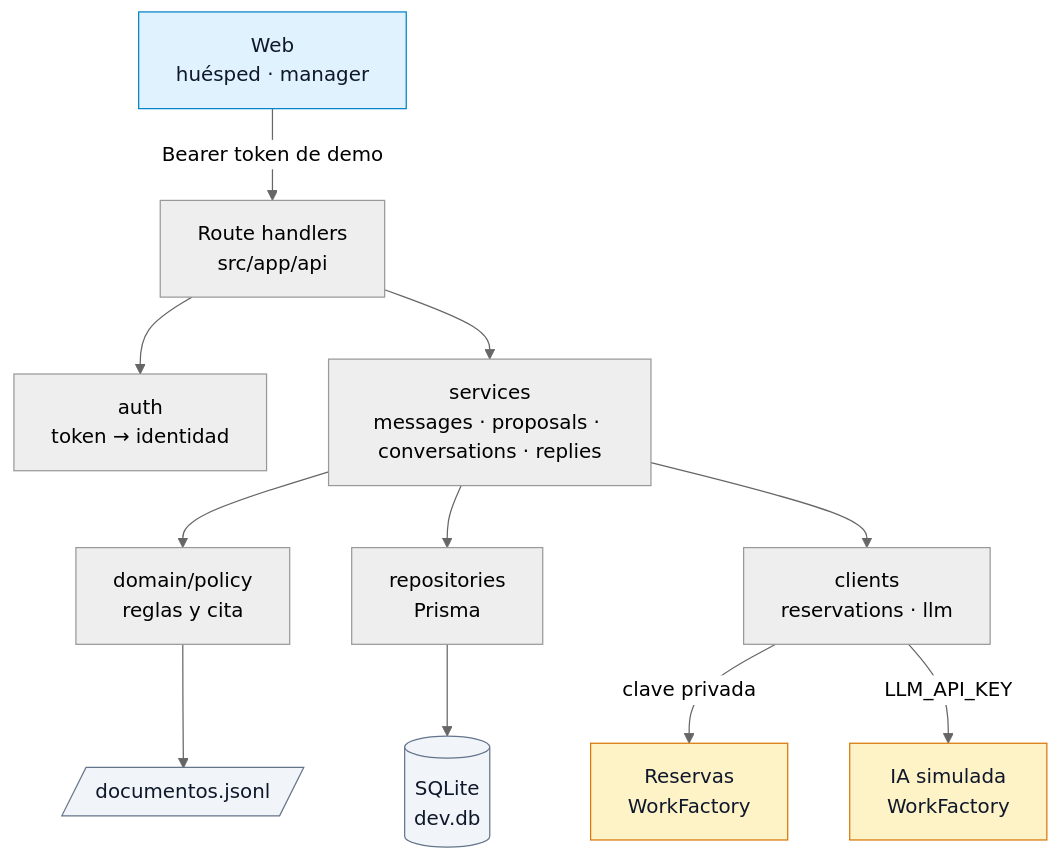
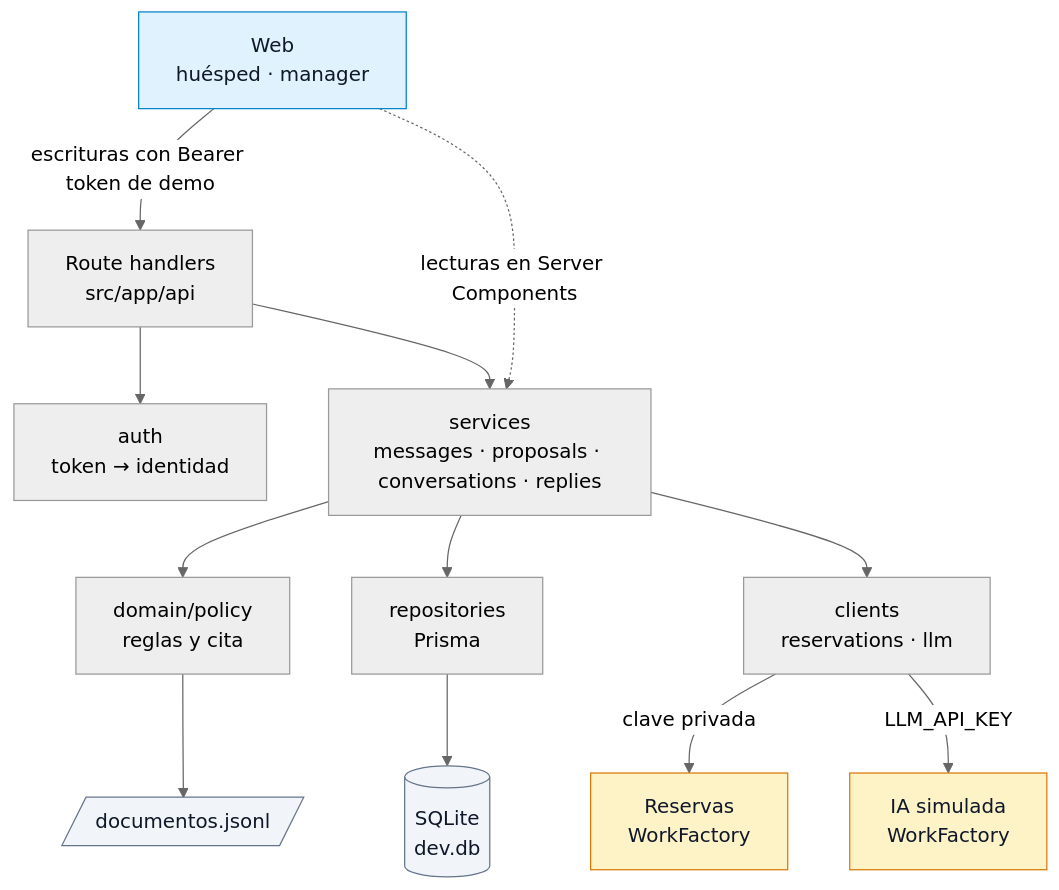
The first of 2 diagrams in README.md (tabraue/takehome-17844f0d37b1), drawn with Mermaid (neutral theme) before and after one commit. The commit also changed other lines of this file and 25 other files, not shown here.

````diff
--- a/README.md
+++ b/README.md
@@ -213,32 +228,33 @@
 ```mermaid
 flowchart TB
   UI["Web<br/>huésped · manager"]
   API["Route handlers<br/>src/app/api"]
   AUTH["auth<br/>token → identidad"]
   SVC["services<br/>messages · proposals · conversations · replies"]
   DOM["domain/policy<br/>reglas y cita"]
   REPO["repositories<br/>Prisma"]
   CLI["clients<br/>reservations · llm"]
   DOCS[/"documentos.jsonl"/]
   DB[("SQLite<br/>dev.db")]
   RES["Reservas<br/>WorkFactory"]
   LLM["IA simulada<br/>WorkFactory"]
 
-  UI -->|Bearer token de demo| API
+  UI -->|escrituras con Bearer token de demo| API
+  UI -.->|lecturas en Server Components| SVC
   API --> AUTH
   API --> SVC
   SVC --> DOM
   SVC --> REPO
   SVC --> CLI
   DOM --> DOCS
   REPO --> DB
   CLI -->|clave privada| RES
   CLI -->|LLM_API_KEY| LLM
 
   classDef web fill:#e0f2fe,stroke:#0284c7,color:#0f172a
   classDef ext fill:#fef3c7,stroke:#d97706,color:#0f172a
   classDef data fill:#f1f5f9,stroke:#64748b,color:#0f172a
   class UI web
   class RES,LLM ext
   class DB,DOCS data
 ```
````
